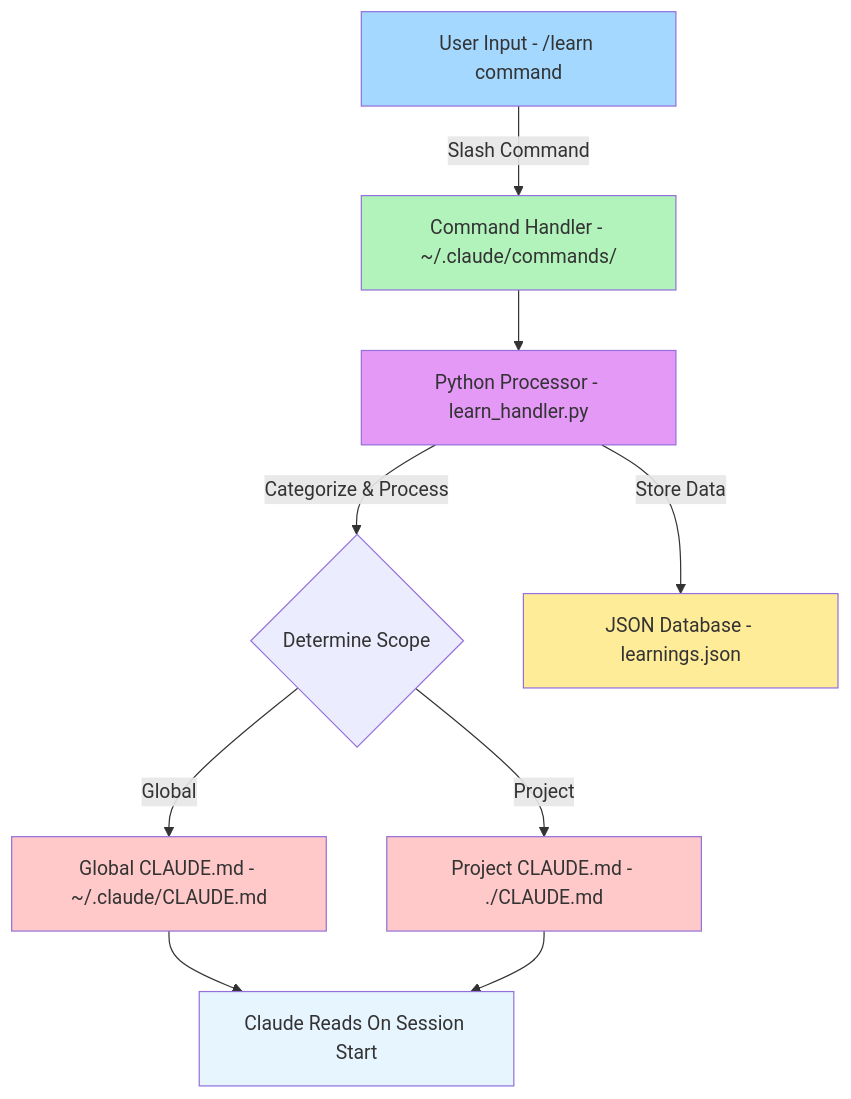
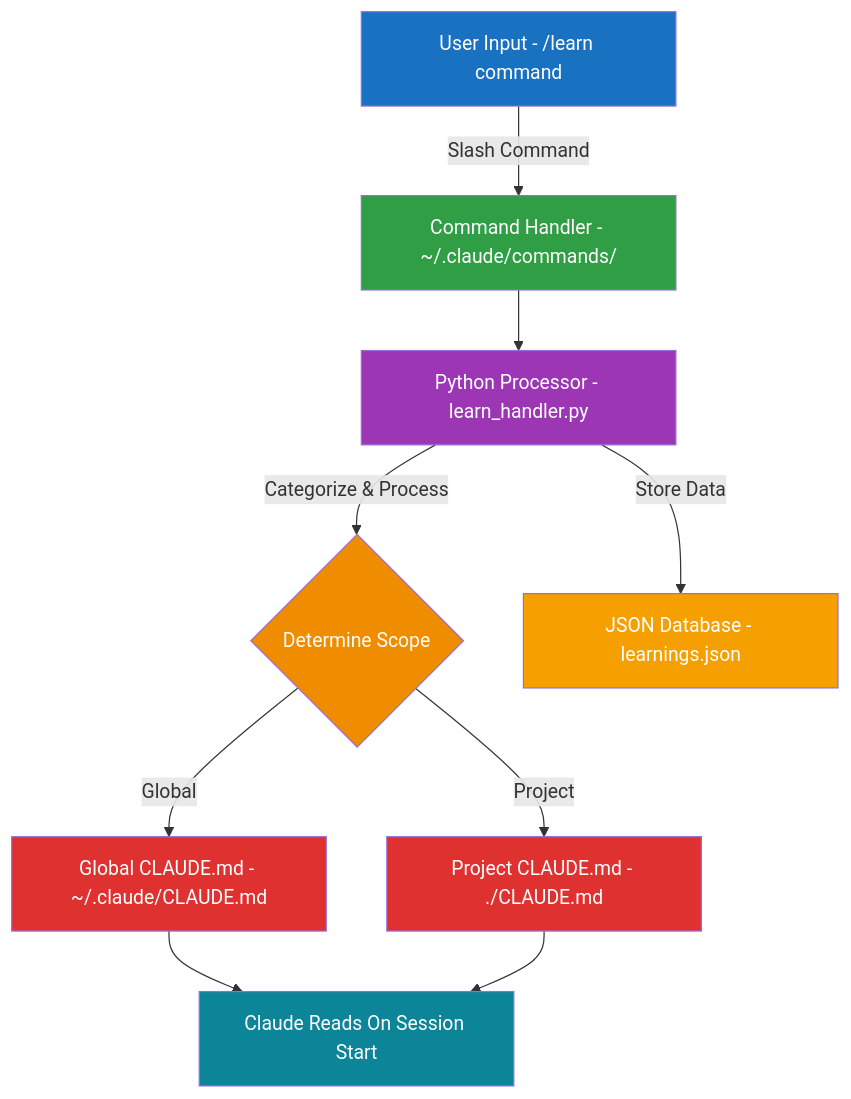
One commit to amilovidov/claude-learning-system changed the first of 2 diagrams in README.md. Above: the diagram before and after it, drawn with Mermaid.

Commit message:
fix: improve Mermaid diagram contrast with white text on colored backgrounds
- Use darker background colors with white text for better readability
- Apply consistent color scheme across all nodes
- Ensure high contrast for accessibility

````diff
--- a/README.md
+++ b/README.md
@@ -20,19 +20,20 @@
 ```mermaid
 graph TD
     A[User Input - /learn command] -->|Slash Command| B[Command Handler - ~/.claude/commands/]
     B --> C[Python Processor - learn_handler.py]
     C -->|Categorize & Process| D{Determine Scope}
     D -->|Global| E[Global CLAUDE.md - ~/.claude/CLAUDE.md]
     D -->|Project| F[Project CLAUDE.md - ./CLAUDE.md]
     C -->|Store Data| G[JSON Database - learnings.json]
     E --> H[Claude Reads On Session Start]
     F --> H
     
-    style A fill:#a5d8ff
-    style B fill:#b2f2bb
-    style C fill:#e599f7
-    style E fill:#ffc9c9
-    style F fill:#ffc9c9
-    style G fill:#ffec99
-    style H fill:#e7f5ff
+    style A fill:#1971c2,color:#fff
+    style B fill:#2f9e44,color:#fff
+    style C fill:#9c36b5,color:#fff
+    style D fill:#f08c00,color:#fff
+    style E fill:#e03131,color:#fff
+    style F fill:#e03131,color:#fff
+    style G fill:#f59f00,color:#fff
+    style H fill:#0c8599,color:#fff
 ```
````
